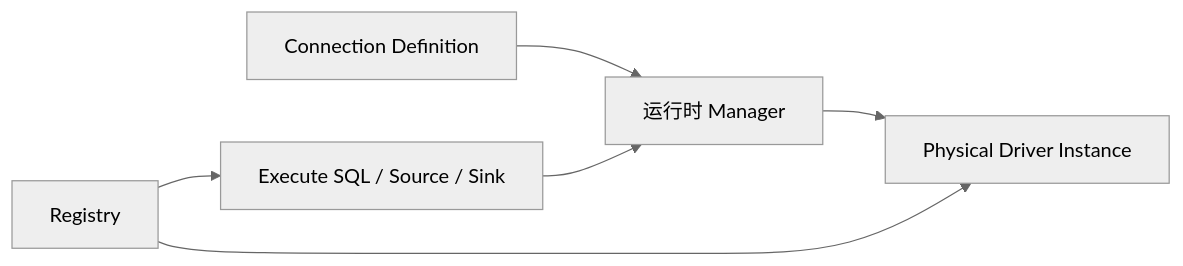
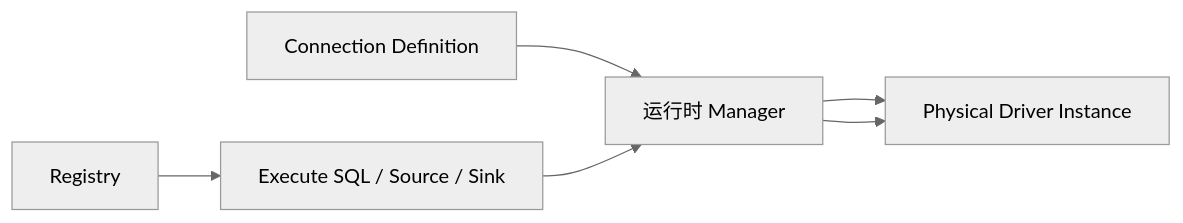
Before and after one commit to JunoBarnswell/UniversalData: the diagram in docs/architecture/connection-and-plugin-model.md, drawn with Mermaid (neutral theme). The commit also changed other lines of this file and 97 other files, not shown here.

````diff
--- a/docs/architecture/connection-and-plugin-model.md
+++ b/docs/architecture/connection-and-plugin-model.md
@@ -3,8 +3,8 @@
 ```mermaid
 flowchart LR
 Definition[Connection Definition] --> Manager[运行时 Manager]
 Task[Execute SQL / Source / Sink] --> Manager
 Manager --> Driver[Physical Driver Instance]
 Registry --> Task
-Registry --> Driver
+Manager --> Driver
 ```
````
